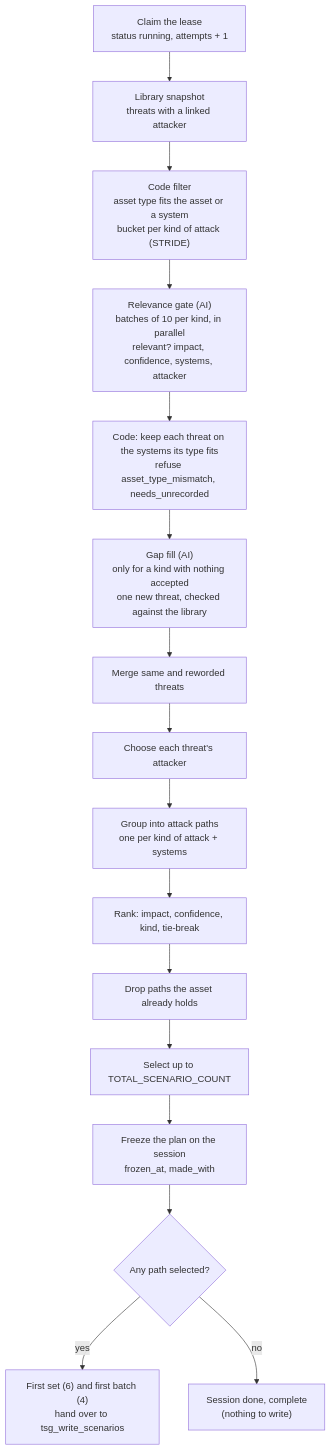
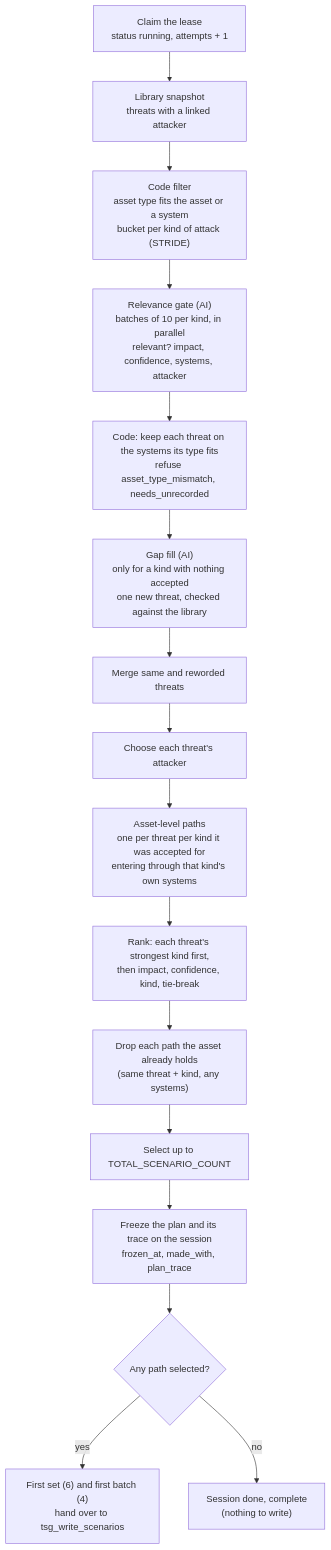
Before and after one commit to gopalchettri/cii: the fourth of 8 diagrams in docs/TSG_END_TO_END_FLOW.md, drawn with Mermaid. The commit also changed other lines of this file and 23 other files, not shown here.

````diff
--- a/docs/TSG_END_TO_END_FLOW.md
+++ b/docs/TSG_END_TO_END_FLOW.md
@@ -262,18 +262,18 @@
 ```mermaid
 flowchart TB
     C["Claim the lease<br/>status running, attempts + 1"] --> LIB["Library snapshot<br/>threats with a linked attacker"]
     LIB --> F["Code filter<br/>asset type fits the asset or a system<br/>bucket per kind of attack (STRIDE)"]
     F --> G["Relevance gate (AI)<br/>batches of 10 per kind, in parallel<br/>relevant? impact, confidence, systems, attacker"]
     G --> PL["Code: keep each threat on the systems its type fits<br/>refuse asset_type_mismatch, needs_unrecorded"]
     PL --> GF["Gap fill (AI)<br/>only for a kind with nothing accepted<br/>one new threat, checked against the library"]
     GF --> MG["Merge same and reworded threats"]
     MG --> AT["Choose each threat's attacker"]
-    AT --> GR["Group into attack paths<br/>one per kind of attack + systems"]
-    GR --> RK["Rank: impact, confidence, kind, tie-break"]
-    RK --> DROP["Drop paths the asset already holds"]
+    AT --> GR["Asset-level paths<br/>one per threat per kind it was accepted for<br/>entering through that kind's own systems"]
+    GR --> RK["Rank: each threat's strongest kind first,<br/>then impact, confidence, kind, tie-break"]
+    RK --> DROP["Drop each path the asset already holds<br/>(same threat + kind, any systems)"]
     DROP --> SEL["Select up to TOTAL_SCENARIO_COUNT"]
-    SEL --> FZ["Freeze the plan on the session<br/>frozen_at, made_with"]
+    SEL --> FZ["Freeze the plan and its trace on the session<br/>frozen_at, made_with, plan_trace"]
     FZ --> FR{"Any path selected?"}
     FR -- yes --> HO["First set (6) and first batch (4)<br/>hand over to tsg_write_scenarios"]
     FR -- no --> END["Session done, complete<br/>(nothing to write)"]
 ```
````
